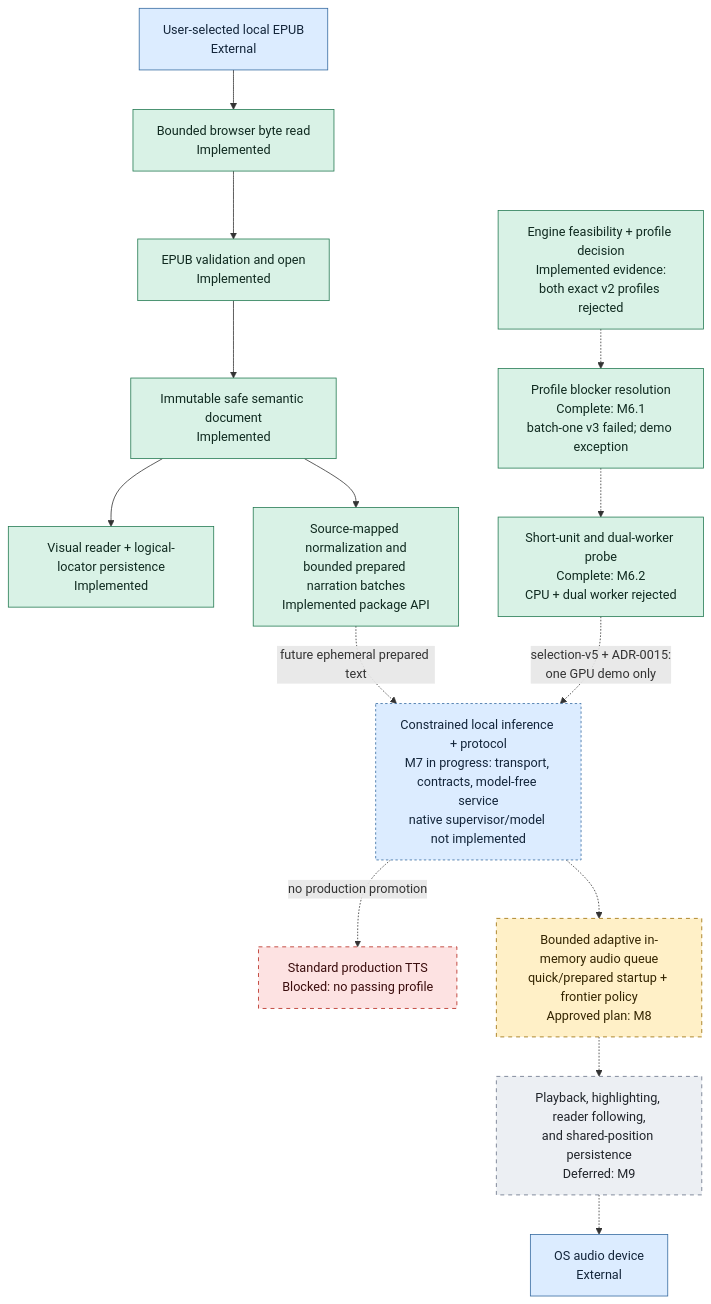
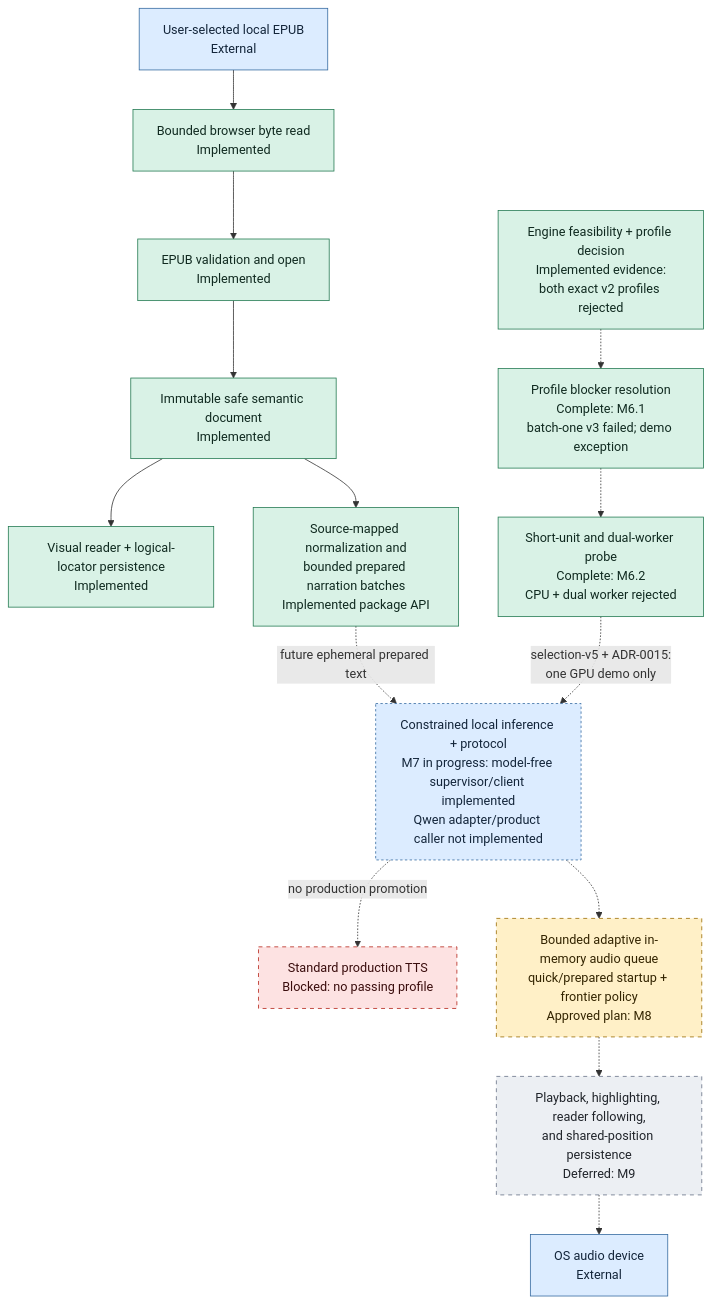
Before and after one commit to mmjosedaniel/voxleaf: the second of 2 diagrams in docs/architecture/system-diagram.md, drawn with Mermaid. The commit also changed other lines of this file and 25 other files, not shown here.

First line of the commit message:
Implement M007 Milestone 3 native supervision and typed desktop client (#116)

````diff
--- a/docs/architecture/system-diagram.md
+++ b/docs/architecture/system-diagram.md
@@ -111,35 +118,35 @@
 ```mermaid
 flowchart TD
     classDef implemented fill:#d9f2e6,stroke:#247a52,color:#102a20
     classDef progress fill:#dcecff,stroke:#356aa0,color:#13253a,stroke-dasharray: 3 3
     classDef planned fill:#fff0c7,stroke:#9a6b00,color:#332400,stroke-dasharray: 5 5
     classDef blocked fill:#fde2e2,stroke:#b42318,color:#3a0d0d,stroke-dasharray: 5 5
     classDef deferred fill:#eceff3,stroke:#667085,color:#20242a,stroke-dasharray: 5 5
     classDef external fill:#dcecff,stroke:#356aa0,color:#13253a
 
     FILE["User-selected local EPUB<br/>External"]:::external
     READ["Bounded browser byte read<br/>Implemented"]:::implemented
     OPEN["EPUB validation and open<br/>Implemented"]:::implemented
     SAFE["Immutable safe semantic document<br/>Implemented"]:::implemented
     VISUAL["Visual reader + logical-locator persistence<br/>Implemented"]:::implemented
     PREP["Source-mapped normalization and<br/>bounded prepared narration batches<br/>Implemented package API"]:::implemented
     PROFILE["Engine feasibility + profile decision<br/>Implemented evidence:<br/>both exact v2 profiles rejected"]:::implemented
     NEXT_PROFILE["Profile blocker resolution<br/>Complete: M6.1<br/>batch-one v3 failed; demo exception"]:::implemented
     BATCH_PROBE["Short-unit and dual-worker probe<br/>Complete: M6.2<br/>CPU + dual worker rejected"]:::implemented
-    INFER["Constrained local inference + protocol<br/>M7 in progress: transport, contracts, model-free service<br/>native supervisor/model not implemented"]:::progress
+    INFER["Constrained local inference + protocol<br/>M7 in progress: model-free supervisor/client implemented<br/>Qwen adapter/product caller not implemented"]:::progress
     PROD["Standard production TTS<br/>Blocked: no passing profile"]:::blocked
     BUFFER["Bounded adaptive in-memory audio queue<br/>quick/prepared startup + frontier policy<br/>Approved plan: M8"]:::planned
     FOLLOW["Playback, highlighting, reader following,<br/>and shared-position persistence<br/>Deferred: M9"]:::deferred
     DEVICE["OS audio device<br/>External"]:::external
 
     FILE --> READ --> OPEN --> SAFE --> VISUAL
     SAFE --> PREP
     PREP -.->|"future ephemeral prepared text"| INFER
     PROFILE -.-> NEXT_PROFILE
     NEXT_PROFILE -.-> BATCH_PROBE
     BATCH_PROBE -.->|"selection-v5 + ADR-0015:<br/>one GPU demo only"| INFER
     INFER -.->|"no production promotion"| PROD
     INFER -.-> BUFFER
     BUFFER -.-> FOLLOW
     FOLLOW -.-> DEVICE
 ```
````
